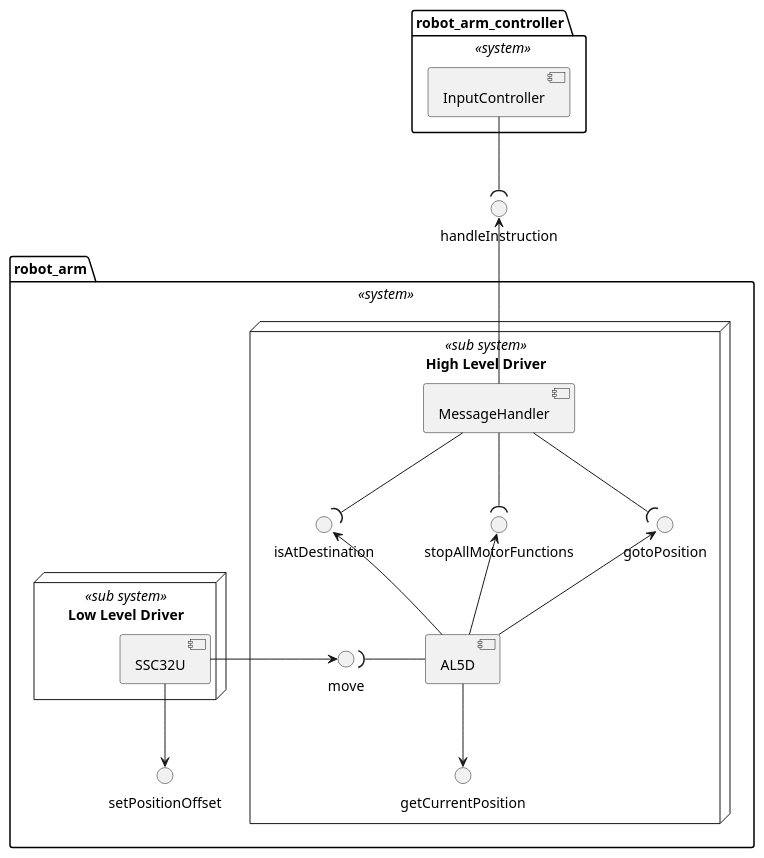
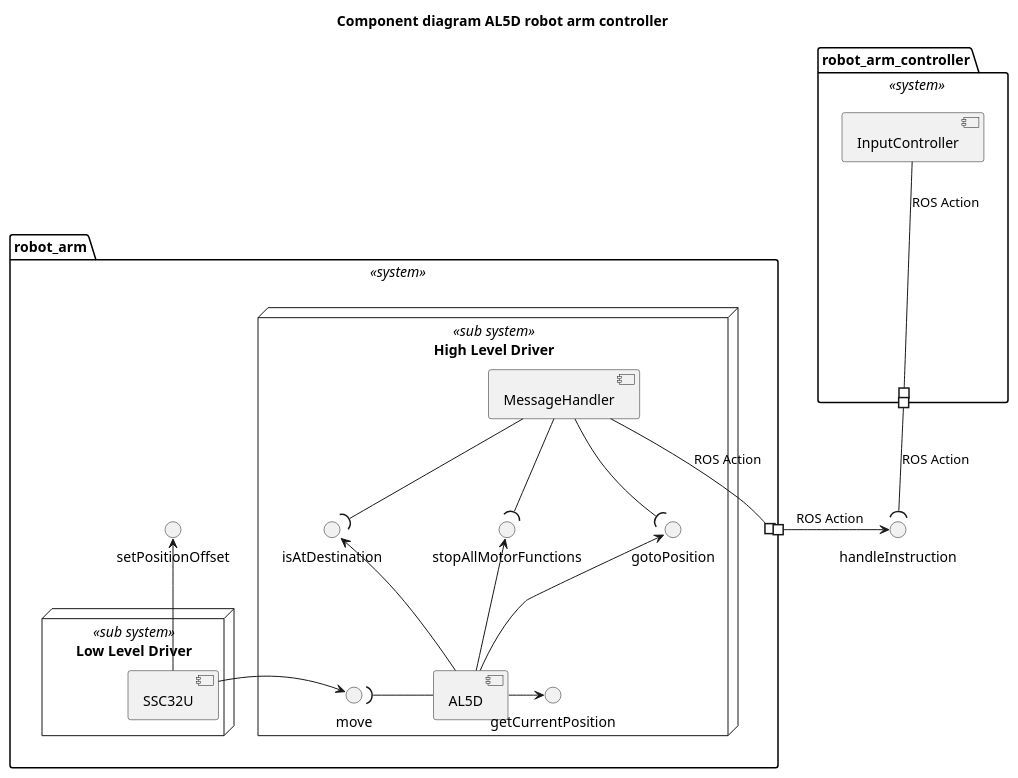
Before and after one commit to muisje/robot_arm_aansturing: the diagram in diagrams/component.plantuml, drawn with PlantUML.

Commit message:
improved component diagram with ports

```diff
--- a/diagrams/component.plantuml
+++ b/diagrams/component.plantuml
@@ -1,32 +1,39 @@
 @startuml Compnent diagram
 
+title Component diagram AL5D robot arm controller
 
 package "robot_arm" <<system>>  {
     node "High Level Driver" <<sub system>> {
         [MessageHandler] 
 
-        [AL5D] -UP-> gotoPosition
-        [AL5D] -UP-> stopAllMotorFunctions
-        [AL5D] -UP-> isAtDestination
-        [AL5D] --> getCurrentPosition
+        [AL5D] -up-> gotoPosition
+        [AL5D] -up-> stopAllMotorFunctions
+        [AL5D] -up-> isAtDestination
+        [AL5D] -> getCurrentPosition
 
         [AL5D] -LEFT-( move
 
         [MessageHandler] --( gotoPosition
         [MessageHandler] --( stopAllMotorFunctions
         [MessageHandler] --( isAtDestination
     }
     node "Low Level Driver" <<sub system>> {    
         [SSC32U]
     }
-    [SSC32U] -> move 
-    [SSC32U] --> setPositionOffset 
+    [SSC32U] -left-> move 
+    [SSC32U] -up-> setPositionOffset 
 }
 
-[MessageHandler] -UP-> handleInstruction 
+' [MessageHandler] -UP-> handleInstruction 
+' [MessageHandler] #-UP-> robot_arm 
+' robot_arm #-- 
 
 package "robot_arm_controller" <<system>>  {
+    [InputController]
+}
 
-[InputController] --( handleInstruction
-
+[InputController] --# robot_arm_controller : ROS Action
+[MessageHandler] --# robot_arm : ROS Action
+robot_arm #-> handleInstruction : ROS Action
+robot_arm_controller #--( handleInstruction : ROS Action
 @enduml
```
